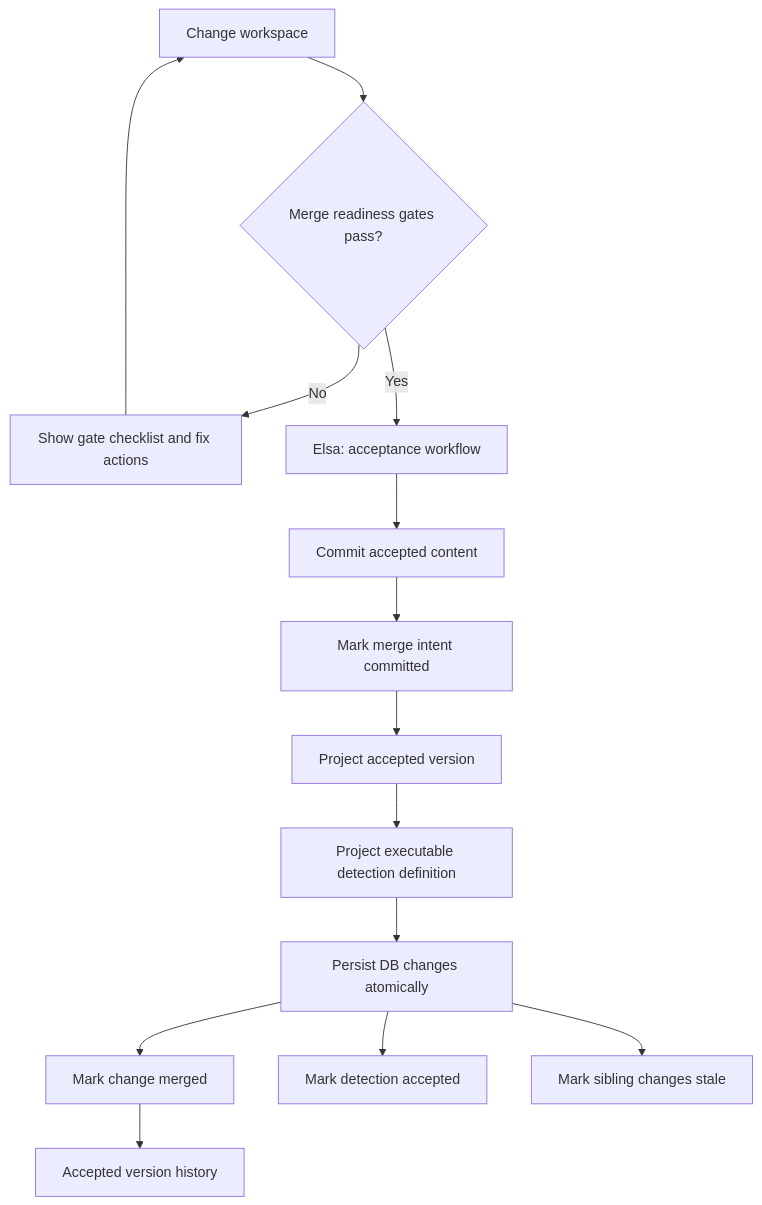
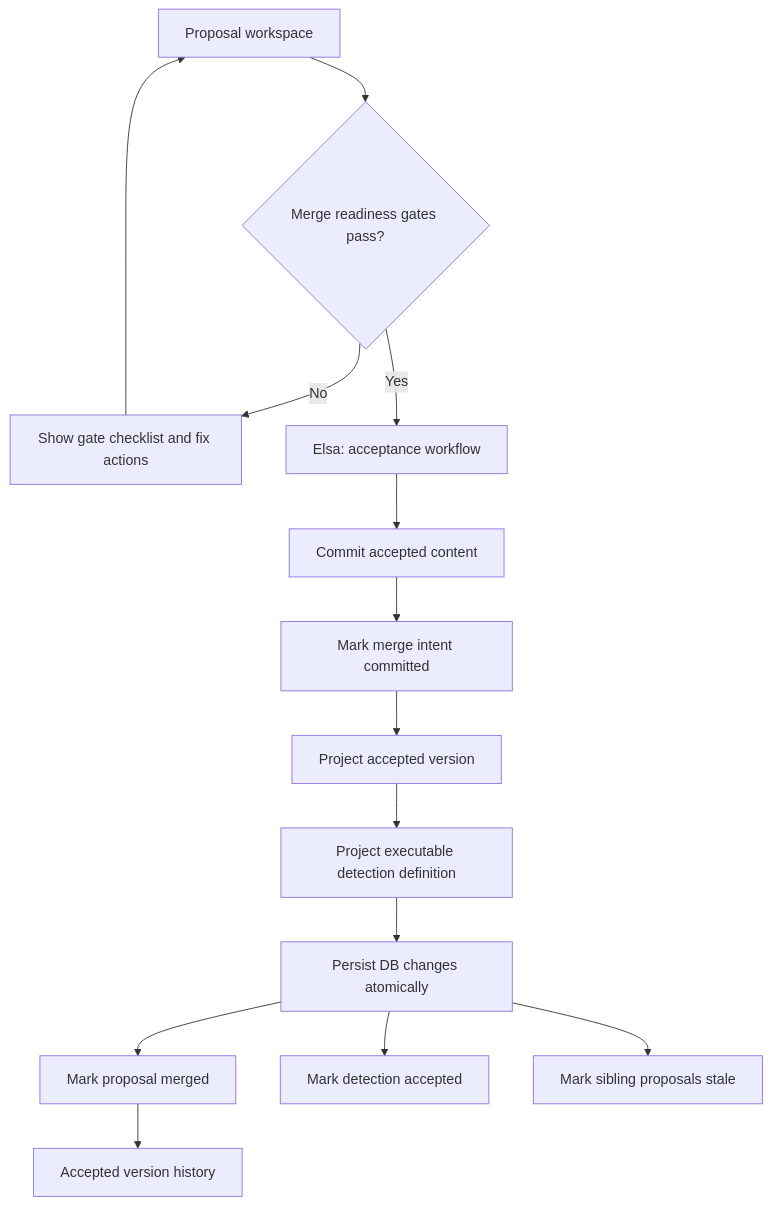
The seventh of 14 diagrams in docs/TARGET_USER_STORIES.md (DeltaZulu-OU/DeltaZulu.Platform), drawn with Mermaid before and after one commit. The commit also changed other lines of this file and 23 other files, not shown here.

````diff
--- a/docs/TARGET_USER_STORIES.md
+++ b/docs/TARGET_USER_STORIES.md
@@ -623,16 +623,16 @@
 ```mermaid
 flowchart TD
-    Change[Change workspace] --> Gates{Merge readiness gates pass?}
+    Proposal[Proposal workspace] --> Gates{Merge readiness gates pass?}
     Gates -- No --> Checklist[Show gate checklist and fix actions]
-    Checklist --> Change
+    Checklist --> Proposal
     Gates -- Yes --> Workflow[Elsa: acceptance workflow]
     Workflow --> Commit[Commit accepted content]
     Commit --> Intent[Mark merge intent committed]
     Intent --> Project[Project accepted version]
     Project --> Executable[Project executable detection definition]
     Executable --> Tx[Persist DB changes atomically]
-    Tx --> Merged[Mark change merged]
+    Tx --> Merged[Mark proposal merged]
     Tx --> Accepted[Mark detection accepted]
-    Tx --> Stale[Mark sibling changes stale]
+    Tx --> Stale[Mark sibling proposals stale]
     Merged --> History[Accepted version history]
 ```
````
